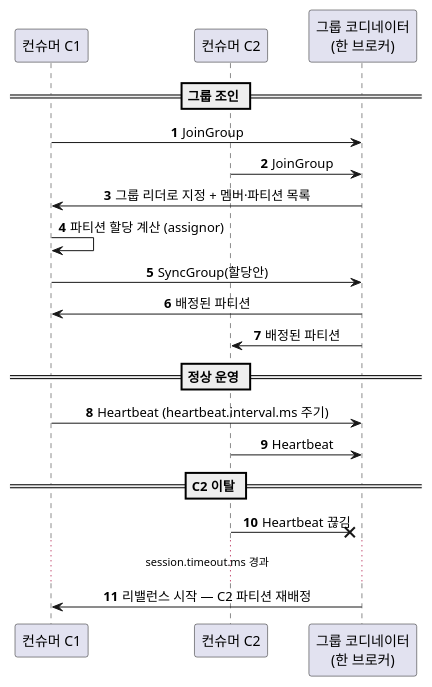
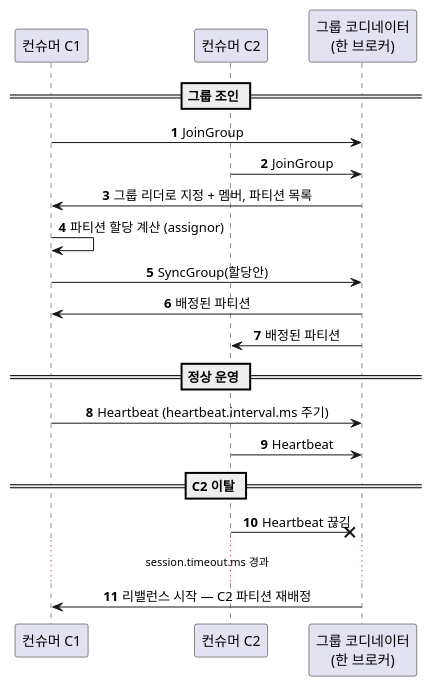
One commit to johnycho/johny-dev changed diagram 11 of 11 in blog/2026-09-11-kafka-cluster-replication-consumer-group.mdx. Above: the diagram before and after it, drawn with PlantUML. The commit also changed other lines of this file and 188 other files, not shown here.

````diff
--- a/blog/2026-09-11-kafka-cluster-replication-consumer-group.mdx
+++ b/blog/2026-09-11-kafka-cluster-replication-consumer-group.mdx
@@ -465,27 +465,27 @@
 ```plantuml
 @startuml
 skinparam defaultTextAlignment center
 autonumber
 participant "컨슈머 C1" as c1
 participant "컨슈머 C2" as c2
 participant "그룹 코디네이터\n(한 브로커)" as gc
 
 == 그룹 조인 ==
 c1 -> gc : JoinGroup
 c2 -> gc : JoinGroup
-gc -> c1 : 그룹 리더로 지정 + 멤버·파티션 목록
+gc -> c1 : 그룹 리더로 지정 + 멤버, 파티션 목록
 c1 -> c1 : 파티션 할당 계산 (assignor)
 c1 -> gc : SyncGroup(할당안)
 gc -> c1 : 배정된 파티션
 gc -> c2 : 배정된 파티션
 
 == 정상 운영 ==
 c1 -> gc : Heartbeat (heartbeat.interval.ms 주기)
 c2 -> gc : Heartbeat
 
 == C2 이탈 ==
 c2 -x gc : Heartbeat 끊김
 ... session.timeout.ms 경과 ...
 gc -> c1 : 리밸런스 시작 — C2 파티션 재배정
 @enduml
 ```
````
